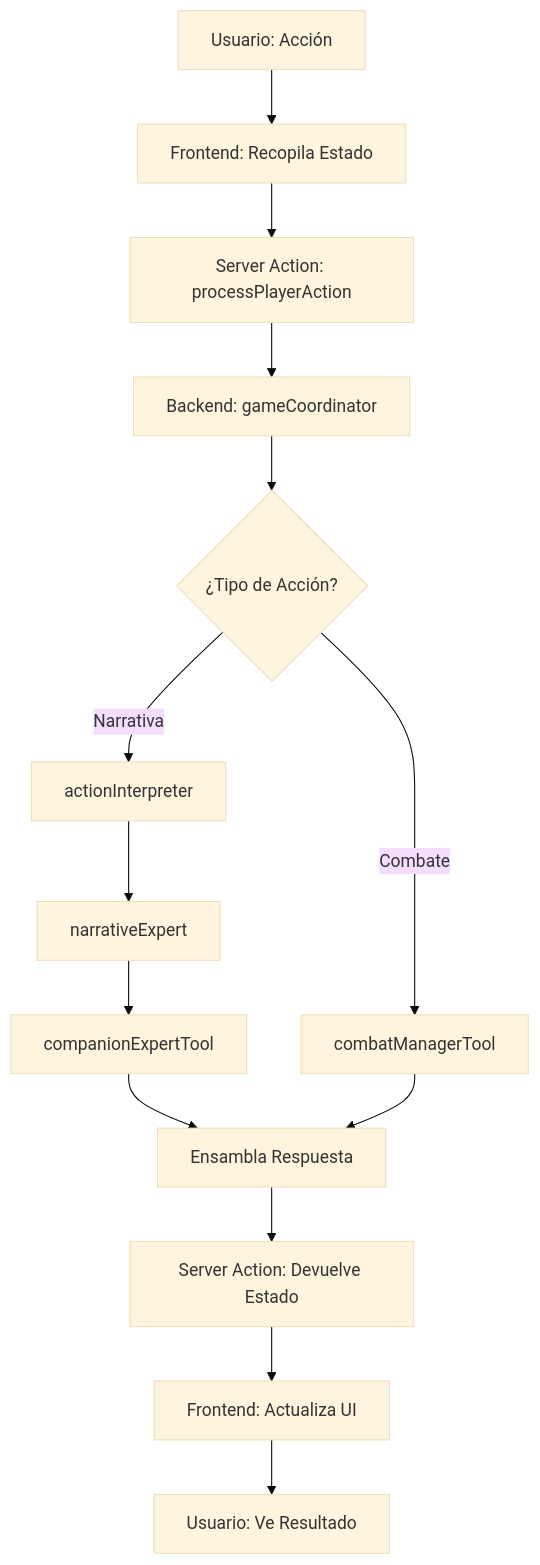
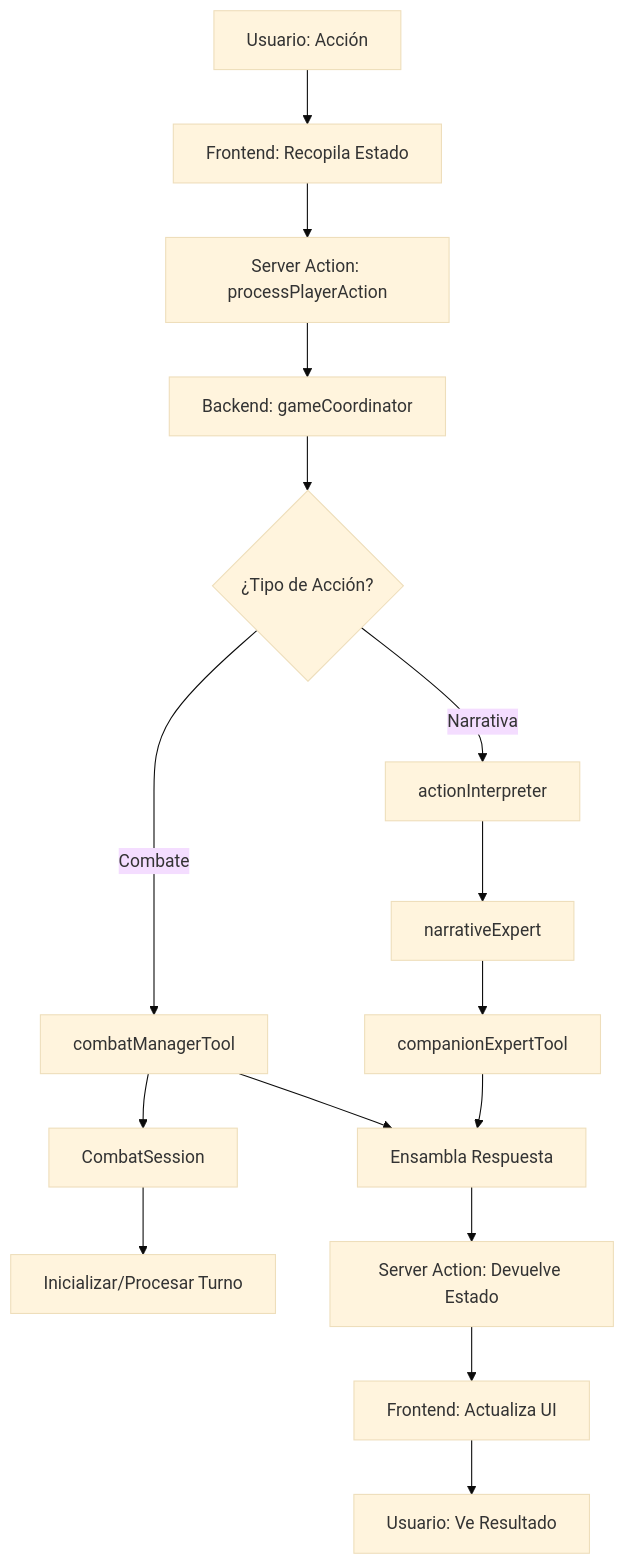
One commit to gaellendoiro-droid/DnD-Adventures-AI changed the diagram in docs/arquitectura/vision-general.md. Above: the diagram before and after it, drawn with Mermaid (base theme). The commit also changed other lines of this file and 12 other files, not shown here.

First line of the commit message:
feat: RefactorizaciÃ³n CombatSession - State Object Pattern (v0.5.5)

````diff
--- a/docs/arquitectura/vision-general.md
+++ b/docs/arquitectura/vision-general.md
@@ -92,16 +95,18 @@
 ```mermaid
 graph TD
     A[Usuario: Acción] --> B[Frontend: Recopila Estado]
     B --> C[Server Action: processPlayerAction]
     C --> D[Backend: gameCoordinator]
     D --> E{¿Tipo de Acción?}
     E -->|Combate| F[combatManagerTool]
+    F --> F1[CombatSession]
+    F1 --> F2[Inicializar/Procesar Turno]
     E -->|Narrativa| G[actionInterpreter]
     G --> H[narrativeExpert]
     H --> I[companionExpertTool]
     I --> J[Ensambla Respuesta]
     F --> J
     J --> K[Server Action: Devuelve Estado]
     K --> L[Frontend: Actualiza UI]
     L --> M[Usuario: Ve Resultado]
 ```
````
